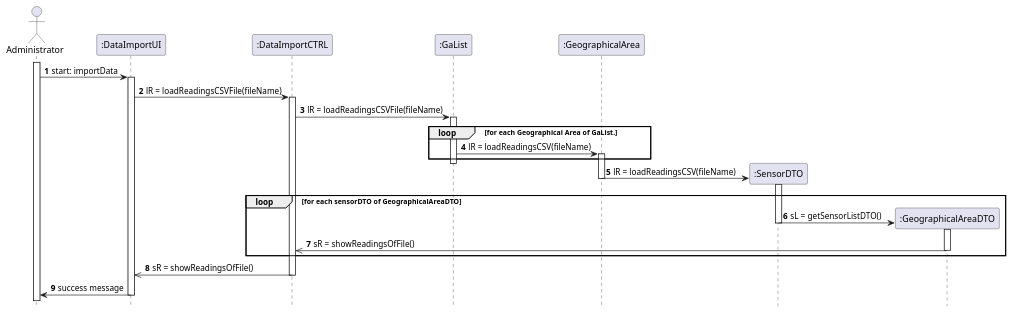
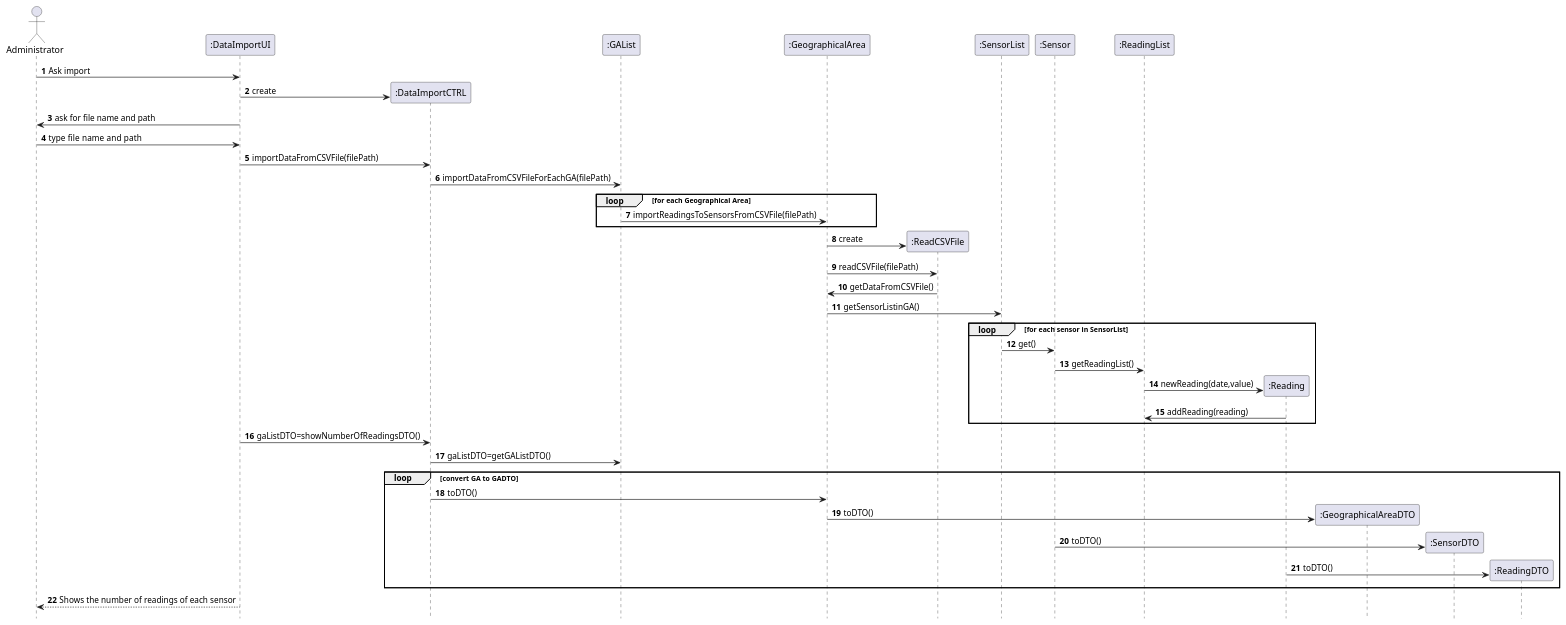
One commit to emanuel-pereira/hou changed the diagram in src/main/java/smarthome/controller/sequenceDiagrams/sd_ImportReadingsSensorsFromCSVfile.puml. Above: the diagram before and after it, drawn with PlantUML.

Commit message:
US20 - Update on Sequence Diagram. Addresses #107

```diff
--- a/src/main/java/smarthome/controller/sequenceDiagrams/sd_ImportReadingsSensorsFromCSVfile.puml
+++ b/src/main/java/smarthome/controller/sequenceDiagrams/sd_ImportReadingsSensorsFromCSVfile.puml
@@ -1,67 +1,53 @@
 @startuml
+autonumber
+hidefootbox
+actor Administrator
 
 
-autonumber
- hidefootbox
-
- actor Administrator
- activate Administrator
-
- Administrator -> ":DataImportUI": start: importData
-
-activate ":DataImportUI"
- ":DataImportUI" -> ":DataImportCTRL": lR = loadReadingsCSVFile(fileName)
-
-activate ":DataImportCTRL"
- ":DataImportCTRL" -> ":GaList": lR = loadReadingsCSVFile(fileName)
-
- activate ":GaList"
+Administrator -> ":DataImportUI": Ask import
+create ":DataImportCTRL"
 
 
- loop for each Geographical Area of GaList.
-    ":GaList" -> ":GeographicalArea": lR = loadReadingsCSV(fileName)
-        activate ":GeographicalArea"
-
- end
-
-create ":SensorDTO"
+":DataImportUI" -> ":DataImportCTRL": create
+":DataImportUI" -> "Administrator": ask for file name and path
+":DataImportUI" <- "Administrator": type  file name and path
 
 
-deactivate ":GaList"
-":GeographicalArea" -> ":SensorDTO": lR = loadReadingsCSV(fileName)
-deactivate ":GeographicalArea"
+":DataImportUI" -> ":DataImportCTRL": importDataFromCSVFile(filePath)
+":DataImportCTRL" -> ":GAList": importDataFromCSVFileForEachGA(filePath)
 
+loop for each Geographical Area
+":GAList" -> ":GeographicalArea": importReadingsToSensorsFromCSVFile(filePath)
+end
 
+create ":ReadCSVFile"
+":GeographicalArea" -> ":ReadCSVFile": create
+":GeographicalArea" -> ":ReadCSVFile": readCSVFile(filePath)
+":ReadCSVFile" -> ":GeographicalArea": getDataFromCSVFile()
+
+":GeographicalArea" -> ":SensorList": getSensorListinGA()
+
+loop for each sensor in SensorList
+":SensorList" -> ":Sensor": get()
+
+":Sensor" -> ":ReadingList": getReadingList()
+create ":Reading"
+
+":ReadingList" -> ":Reading": newReading(date,value)
+":ReadingList" <- ":Reading": addReading(reading)
+end
+
+":DataImportCTRL"<-":DataImportUI":gaListDTO=showNumberOfReadingsDTO()
+":DataImportCTRL"->":GAList": gaListDTO=getGAListDTO()
+loop convert GA to GADTO
+":DataImportCTRL"->":GeographicalArea": toDTO()
 create ":GeographicalAreaDTO"
+":GeographicalArea"->":GeographicalAreaDTO": toDTO()
+create ":SensorDTO"
+":Sensor"->":SensorDTO": toDTO()
+create ":ReadingDTO"
+":Reading"->":ReadingDTO": toDTO()
 
-activate ":SensorDTO"
-
-
-loop for each sensorDTO of GeographicalAreaDTO
-
-":SensorDTO" -> ":GeographicalAreaDTO": sL = getSensorListDTO()
-
- deactivate ":SensorDTO"
-activate ":GeographicalAreaDTO"
-
-
-
- ":DataImportCTRL" <<- ":GeographicalAreaDTO": sR = showReadingsOfFile()
-
- deactivate ":GeographicalAreaDTO"
- end
-
-":DataImportCTRL" ->> ":DataImportUI": sR = showReadingsOfFile()
-
-deactivate ":DataImportCTRL"
-Administrator <- ":DataImportUI": success message
-
-deactivate ":DataImportUI"
-
-
-
-
-
-
-
+end
+Administrator<--":DataImportUI": Shows the number of readings of each sensor
 @enduml
```
